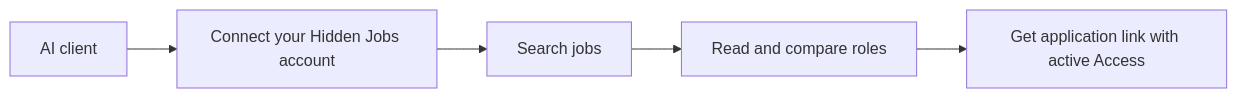
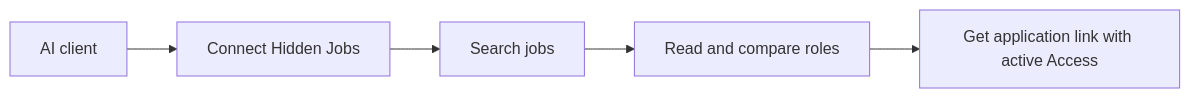
One commit to hiddenjobs/job-search-mcp changed the diagram in README.md. Above: the diagram before and after it, drawn with Mermaid. The commit also changed other lines of this file and 14 other files, not shown here.

Commit message:
Document account OAuth connection across graphical and terminal clients

````diff
--- a/README.md
+++ b/README.md
@@ -46,7 +54,7 @@
 ```mermaid
 flowchart LR
-    Client[AI client] --> Connect[Connect your Hidden Jobs account]
+    Client[AI client] --> Connect[Connect Hidden Jobs]
     Connect --> Search[Search jobs]
     Search --> Details[Read and compare roles]
     Details --> Link[Get application link with active Access]
 ```
````
